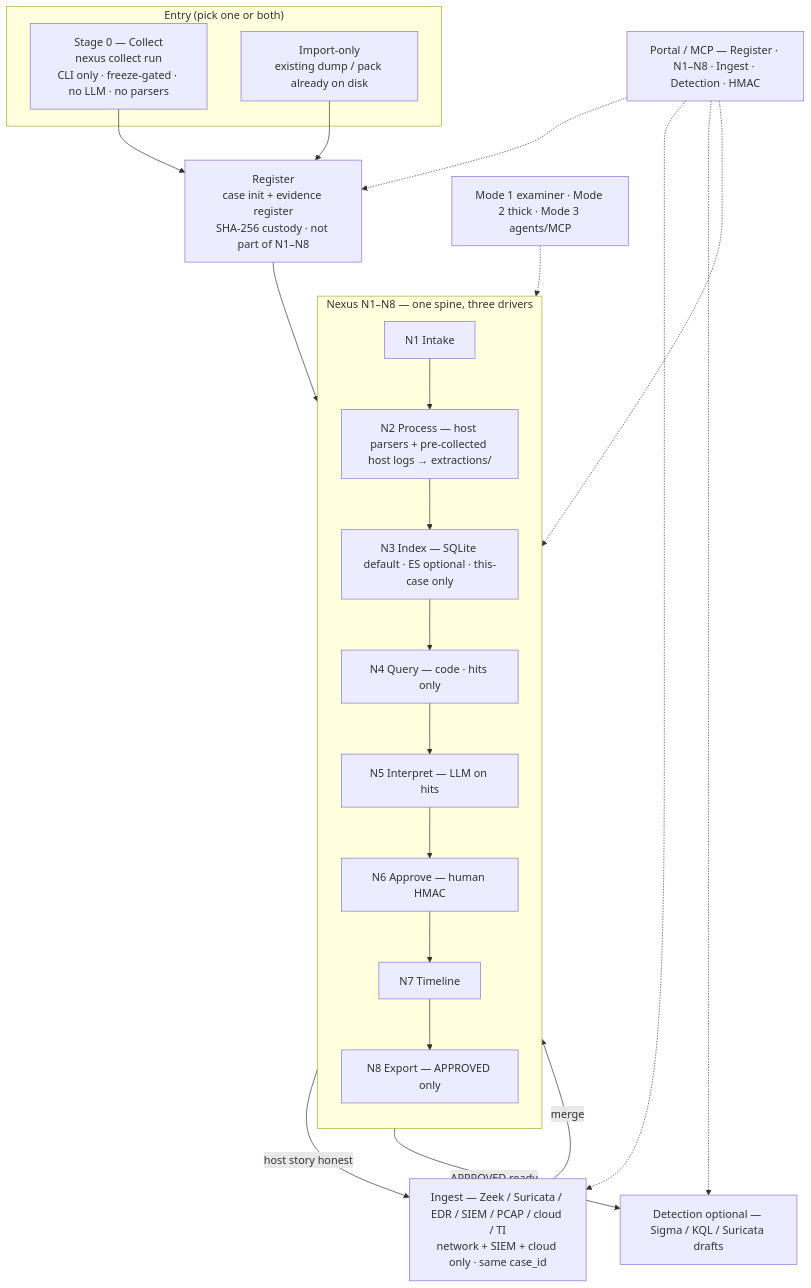
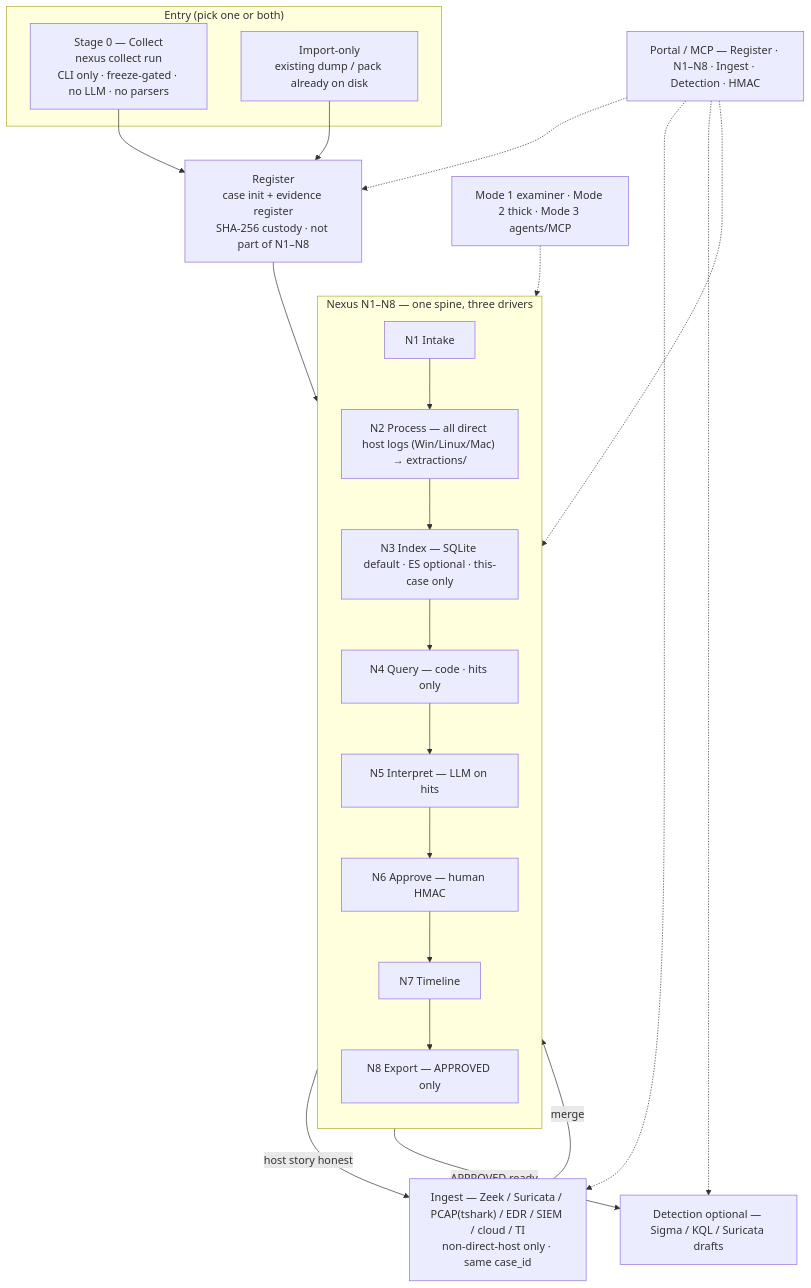
The first of 2 diagrams in Docs/ARCHITECTURE.md (Ganron007/DFIR-Nexus), drawn with Mermaid before and after one commit. The commit also changed other lines of this file and 1 other file, not shown here.

First line of the commit message:
docs: enforce Stage 0 collection-only, N2=all direct host logs, ingest=non-direct-host, add Mode 1/2/3 detail

````diff
--- a/Docs/ARCHITECTURE.md
+++ b/Docs/ARCHITECTURE.md
@@ -22,44 +22,44 @@
 ```mermaid
 flowchart TB
   subgraph ENTRY["Entry (pick one or both)"]
     S0["Stage 0 — Collect<br/>nexus collect run<br/>CLI only · freeze-gated · no LLM · no parsers"]
     IMP["Import-only<br/>existing dump / pack already on disk"]
   end
 
   REG["Register<br/>case init + evidence register<br/>SHA-256 custody · not part of N1–N8"]
 
   S0 --> REG
   IMP --> REG
 
   subgraph NEXUS["Nexus N1–N8 — one spine, three drivers"]
     direction TB
     N1["N1 Intake"]
-    N2["N2 Process — host parsers + pre-collected host logs → extractions/"]
+    N2["N2 Process — all direct host logs (Win/Linux/Mac) → extractions/"]
     N3["N3 Index — SQLite default · ES optional · this-case only"]
     N4["N4 Query — code · hits only"]
     N5["N5 Interpret — LLM on hits"]
     N6["N6 Approve — human HMAC"]
     N7["N7 Timeline"]
     N8["N8 Export — APPROVED only"]
 
     N1 --> N2 --> N3 --> N4 --> N5 --> N6 --> N7 --> N8
   end
 
   REG --> N1
 
   MODE["Mode 1 examiner · Mode 2 thick · Mode 3 agents/MCP"]
   MODE -.-> NEXUS
 
-  ING["Ingest — Zeek / Suricata / EDR / SIEM / PCAP / cloud / TI<br/>network + SIEM + cloud only · same case_id"]
+  ING["Ingest — Zeek / Suricata / PCAP(tshark) / EDR / SIEM / cloud / TI<br/>non-direct-host only · same case_id"]
   N8 -->|"host story honest"| ING
   ING -->|"merge"| N4
 
   DET["Detection optional — Sigma / KQL / Suricata drafts"]
   N8 -->|"APPROVED ready"| DET
 
   UI["Portal / MCP — Register · N1–N8 · Ingest · Detection · HMAC"]
   UI -.-> REG
   UI -.-> NEXUS
   UI -.-> ING
   UI -.-> DET
 ```
````
